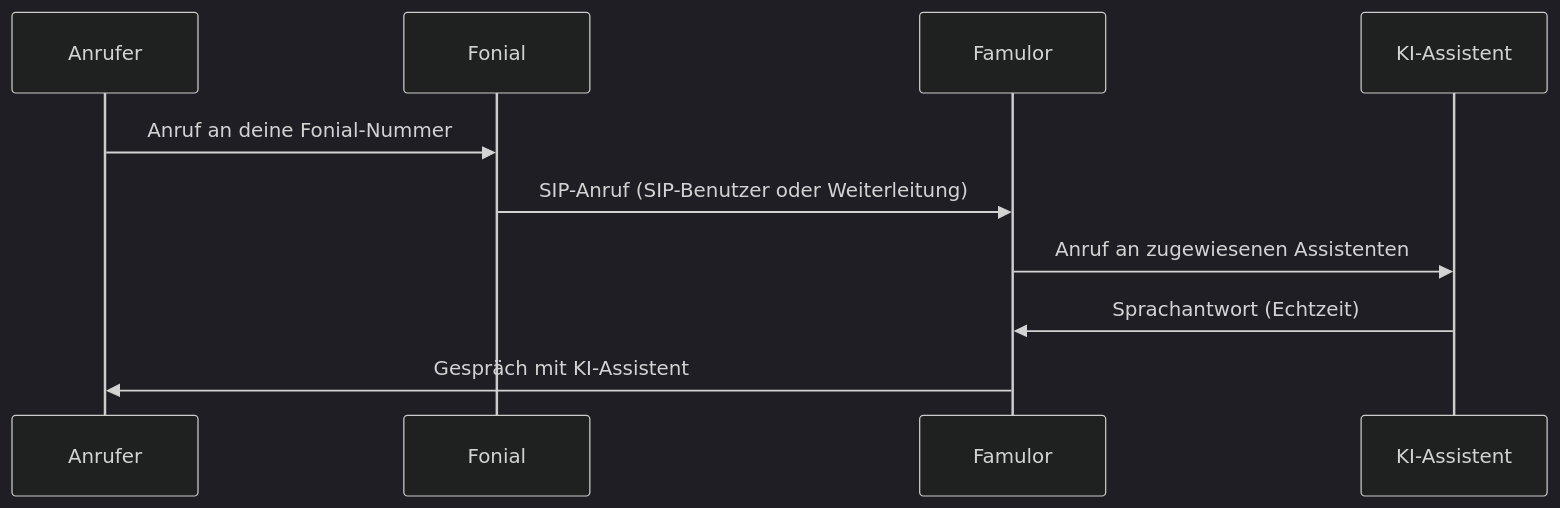
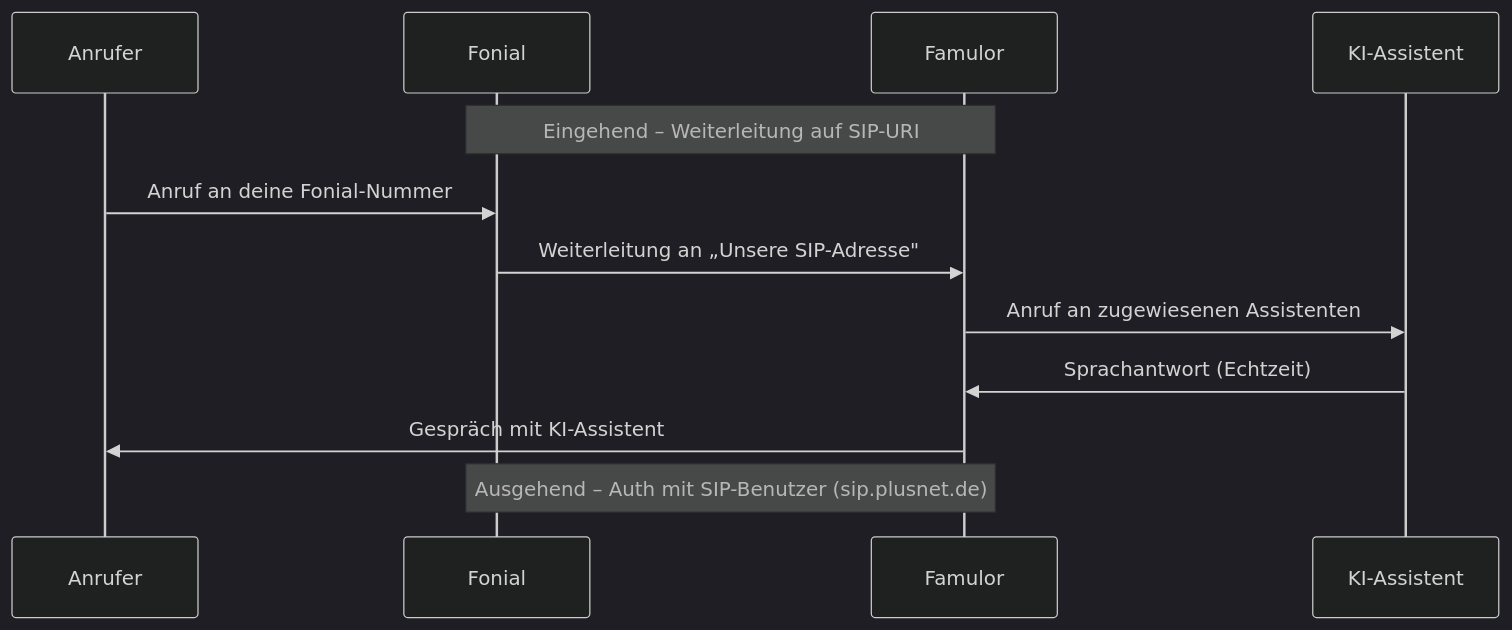
The diagram in de/provisioning/sip-ai/fonial-integration.mdx (bekgroup/Famulor-docs-de), drawn with Mermaid (dark theme) before and after one commit. The commit also changed other lines of this file and 1 other file, not shown here.

````diff
--- a/de/provisioning/sip-ai/fonial-integration.mdx
+++ b/de/provisioning/sip-ai/fonial-integration.mdx
@@ -44,13 +29,15 @@
 ```mermaid theme={null}
 sequenceDiagram
     participant K as Anrufer
     participant F as Fonial
     participant FA as Famulor
     participant A as KI-Assistent
 
+    Note over F,FA: Eingehend – Weiterleitung auf SIP-URI
     K->>F: Anruf an deine Fonial-Nummer
-    F->>FA: SIP-Anruf (SIP-Benutzer oder Weiterleitung)
+    F->>FA: Weiterleitung an „Unsere SIP-Adresse"
     FA->>A: Anruf an zugewiesenen Assistenten
     A->>FA: Sprachantwort (Echtzeit)
     FA->>K: Gespräch mit KI-Assistent
+    Note over FA,F: Ausgehend – Auth mit SIP-Benutzer (sip.plusnet.de)
 ```
````
